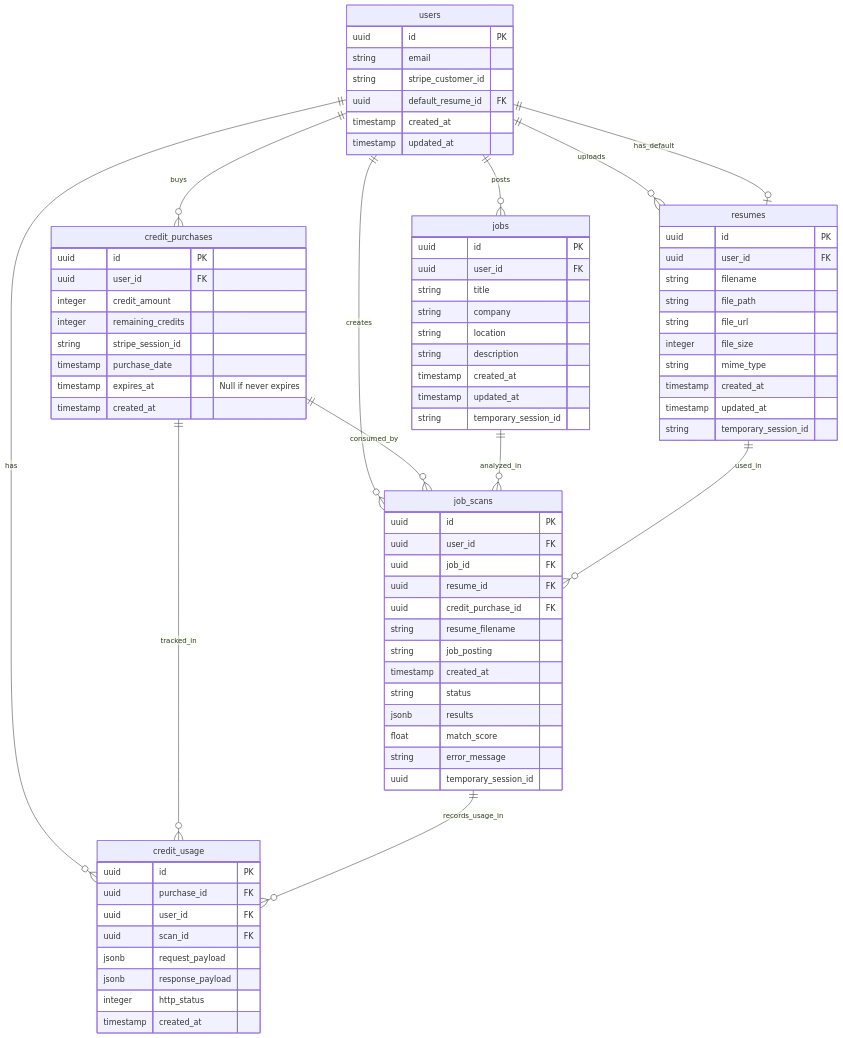
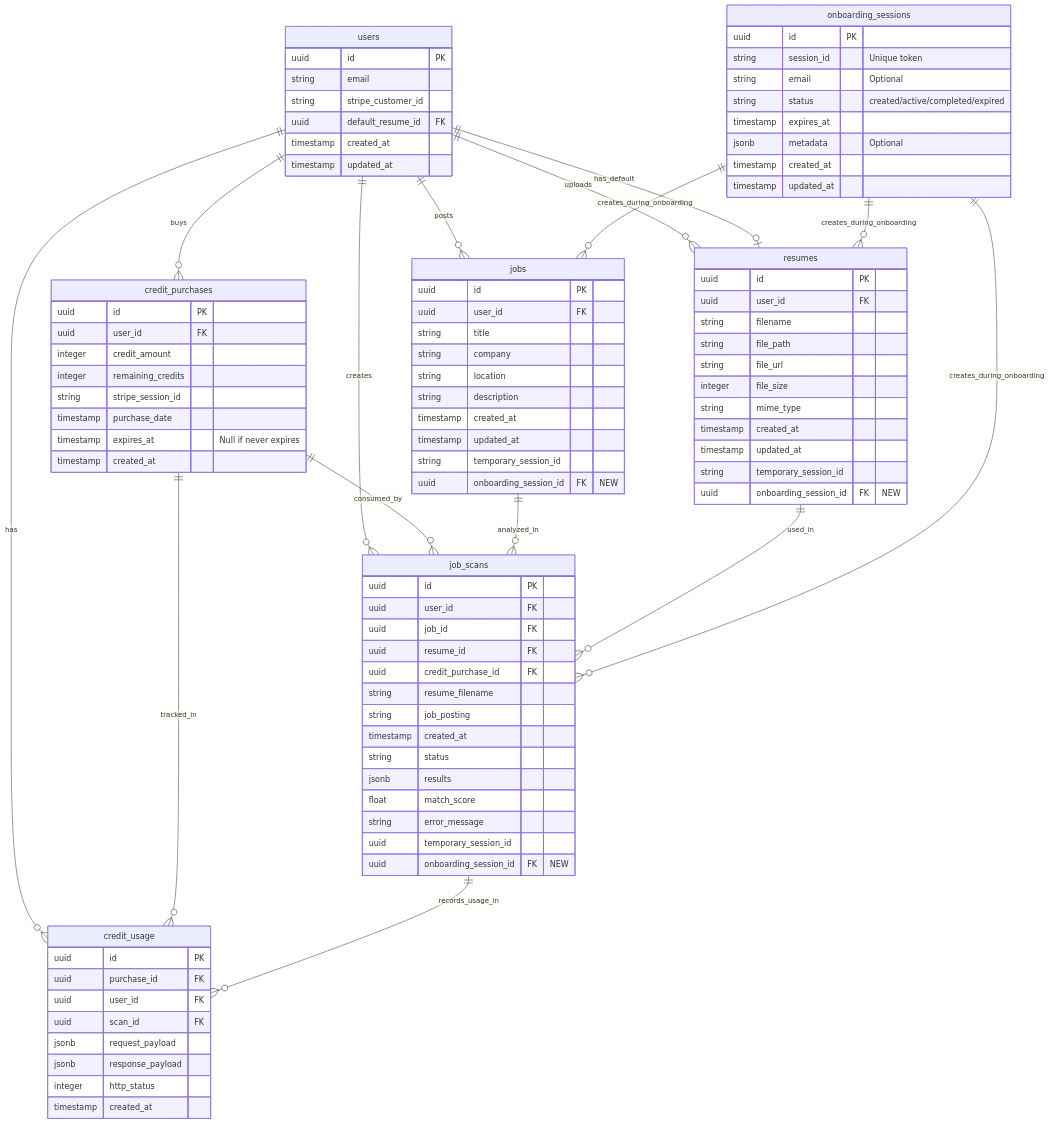
The diagram in instructions/erd.md (richardverheyen/jobhound), drawn with Mermaid before and after one commit. The commit also changed 16 other files, not shown here.

````diff
--- a/instructions/erd.md
+++ b/instructions/erd.md
@@ -11,6 +11,11 @@
     jobs ||--o{ job_scans : analyzed_in
     resumes ||--o{ job_scans : used_in
     job_scans ||--o{ credit_usage : records_usage_in
+    
+    %% New onboarding entity and relationships
+    onboarding_sessions ||--o{ resumes : creates_during_onboarding
+    onboarding_sessions ||--o{ jobs : creates_during_onboarding
+    onboarding_sessions ||--o{ job_scans : creates_during_onboarding
     
     users {
         uuid id PK
@@ -54,6 +59,7 @@
         timestamp created_at
         timestamp updated_at
         string temporary_session_id
+        uuid onboarding_session_id FK "NEW"
     }
     
     jobs {
@@ -66,6 +72,7 @@
         timestamp created_at
         timestamp updated_at
         string temporary_session_id
+        uuid onboarding_session_id FK "NEW"
     }
     
     job_scans {
@@ -82,5 +89,18 @@
         float match_score
         string error_message
         uuid temporary_session_id
+        uuid onboarding_session_id FK "NEW"
+    }
+    
+    %% New entity for onboarding
+    onboarding_sessions {
+        uuid id PK
+        string session_id "Unique token"
+        string email "Optional"
+        string status "created/active/completed/expired"
+        timestamp expires_at
+        jsonb metadata "Optional"
+        timestamp created_at
+        timestamp updated_at
     }
 ```
````
